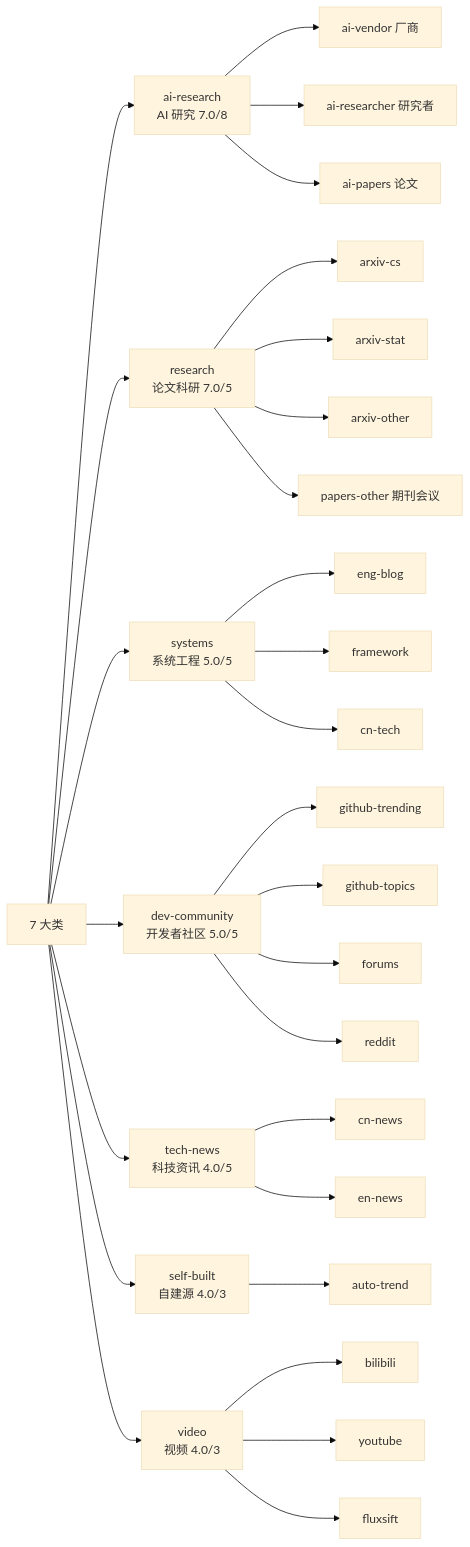
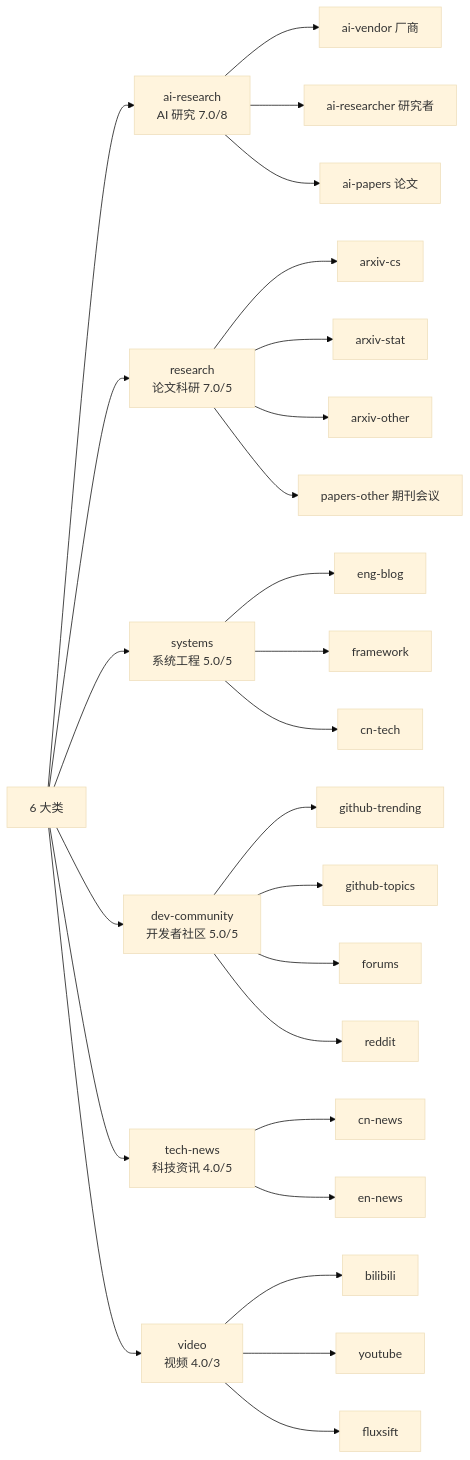
The diagram in docs/PRD.md (int2t05/rss-reader), drawn with Mermaid (base theme) before and after one commit. The commit also changed 11 other files, not shown here.

First line of the commit message:
refactor: 分类体系纯净审计 — 删 self-built,arXiv/厂商博客/Google Blog 归位

````diff
--- a/docs/PRD.md
+++ b/docs/PRD.md
@@ -35,30 +35,28 @@
 ```mermaid
 flowchart LR
-    ROOT[7 大类] --> AI[ai-research<br/>AI 研究 7.0/8]
+    ROOT[6 大类] --> AI[ai-research<br/>AI 研究 7.0/8]
     ROOT --> RES[research<br/>论文科研 7.0/5]
     ROOT --> SYS[systems<br/>系统工程 5.0/5]
     ROOT --> DEV[dev-community<br/>开发者社区 5.0/5]
     ROOT --> NEWS[tech-news<br/>科技资讯 4.0/5]
-    ROOT --> SELF[self-built<br/>自建源 4.0/3]
     ROOT --> VID[video<br/>视频 4.0/3]
     AI --> A1[ai-vendor 厂商]
     AI --> A2[ai-researcher 研究者]
     AI --> A3[ai-papers 论文]
     RES --> R1[arxiv-cs]
     RES --> R2[arxiv-stat]
     RES --> R3[arxiv-other]
     RES --> R4[papers-other 期刊会议]
     SYS --> S1[eng-blog]
     SYS --> S2[framework]
     SYS --> S3[cn-tech]
     DEV --> D1[github-trending]
     DEV --> D2[github-topics]
     DEV --> D3[forums]
     DEV --> D4[reddit]
     NEWS --> N1[cn-news]
     NEWS --> N2[en-news]
-    SELF --> SE1[auto-trend]
     VID --> V1[bilibili]
     VID --> V2[youtube]
     VID --> V3[fluxsift]
 ```
````
